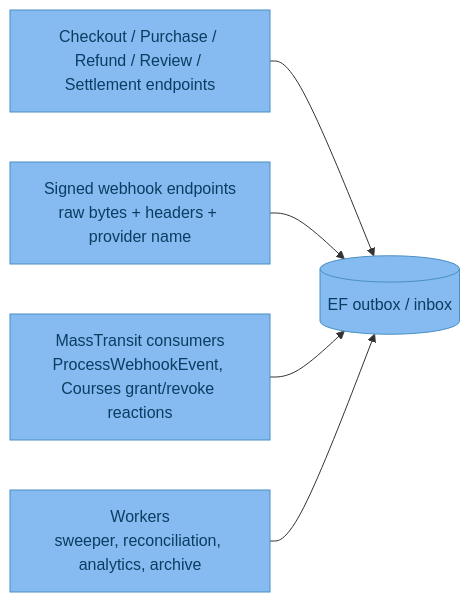
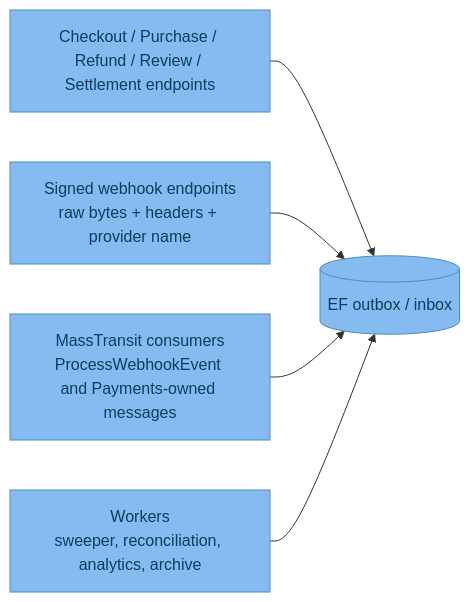
Before and after one commit to Azero77/alpha-zero: the third of 10 diagrams in plans/payments/C4Model.md, drawn with Mermaid. The commit also changed other lines of this file, not shown here.

Commit message:
docs(payments): refine C4 architecture model

````diff
--- a/plans/payments/C4Model.md
+++ b/plans/payments/C4Model.md
@@ -114,13 +114,13 @@
 ```mermaid
 flowchart LR
   classDef component fill:#85bbf0,color:#0a3d62,stroke:#4a90c2;
   ep["Checkout / Purchase / Refund / Review / Settlement endpoints"]:::component
   wh["Signed webhook endpoints<br/>raw bytes + headers + provider name"]:::component
-  con["MassTransit consumers<br/>ProcessWebhookEvent, Courses grant/revoke reactions"]:::component
+  con["MassTransit consumers<br/>ProcessWebhookEvent and Payments-owned messages"]:::component
   wrk["Workers<br/>sweeper, reconciliation, analytics, archive"]:::component
   bus[("EF outbox / inbox")]:::component
   ep --> bus
   wh --> bus
   con --> bus
   wrk --> bus
 ```
````
